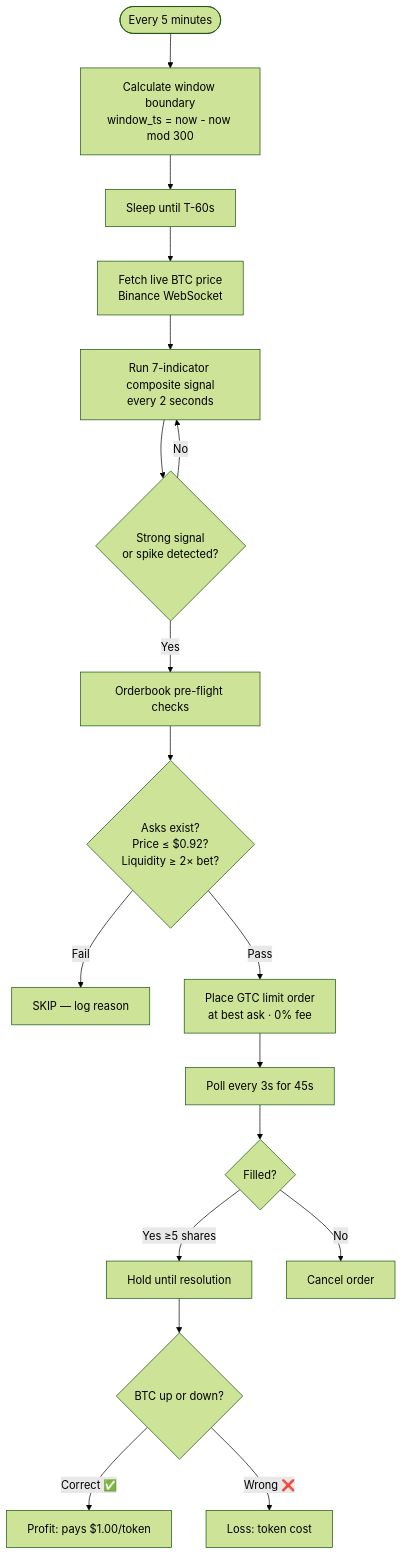
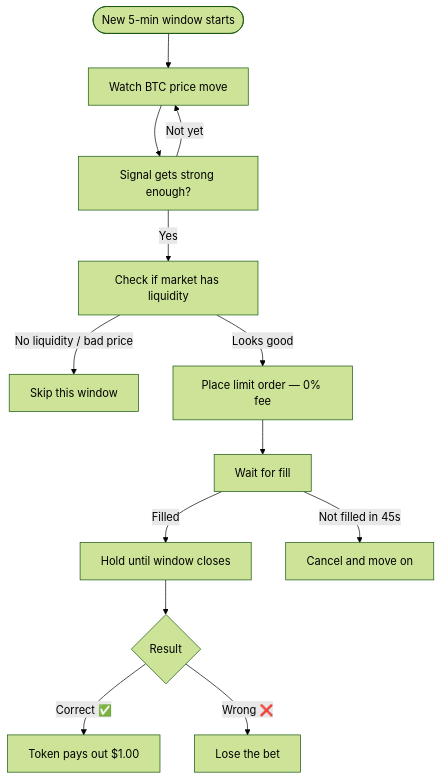
One commit to Suuuryaa/polymarket-edge-research changed the diagram in README.md. Above: the diagram before and after it, drawn with Mermaid (forest theme). The commit also changed other lines of this file, not shown here.

````diff
--- a/README.md
+++ b/README.md
@@ -24,20 +21,15 @@
 ```mermaid
 flowchart TD
-    A([Every 5 minutes]) --> B[Calculate window boundary\nwindow_ts = now - now mod 300]
-    B --> C[Sleep until T-60s]
-    C --> D[Fetch live BTC price\nBinance WebSocket]
-    D --> E[Run 7-indicator composite signal\nevery 2 seconds]
-    E --> F{Strong signal\nor spike detected?}
-    F -->|No| E
-    F -->|Yes| G[Orderbook pre-flight checks]
-    G --> H{Asks exist?\nPrice ≤ $0.92?\nLiquidity ≥ 2× bet?}
-    H -->|Fail| I[SKIP — log reason]
-    H -->|Pass| J[Place GTC limit order\nat best ask · 0% fee]
-    J --> K[Poll every 3s for 45s]
-    K --> L{Filled?}
-    L -->|Yes ≥5 shares| M[Hold until resolution]
-    L -->|No| N[Cancel order]
-    M --> O{BTC up or down?}
-    O -->|Correct ✅| P[Profit: pays $1.00/token]
-    O -->|Wrong ❌| Q[Loss: token cost]
+    A([New 5-min window starts]) --> B[Watch BTC price move]
+    B --> C[Signal gets strong enough?]
+    C -->|Not yet| B
+    C -->|Yes| D[Check if market has liquidity]
+    D -->|No liquidity / bad price| E[Skip this window]
+    D -->|Looks good| F[Place limit order — 0% fee]
+    F --> G[Wait for fill]
+    G -->|Filled| H[Hold until window closes]
+    G -->|Not filled in 45s| I[Cancel and move on]
+    H --> J{Result}
+    J -->|Correct ✅| K[Token pays out $1.00]
+    J -->|Wrong ❌| L[Lose the bet]
 ```
````
